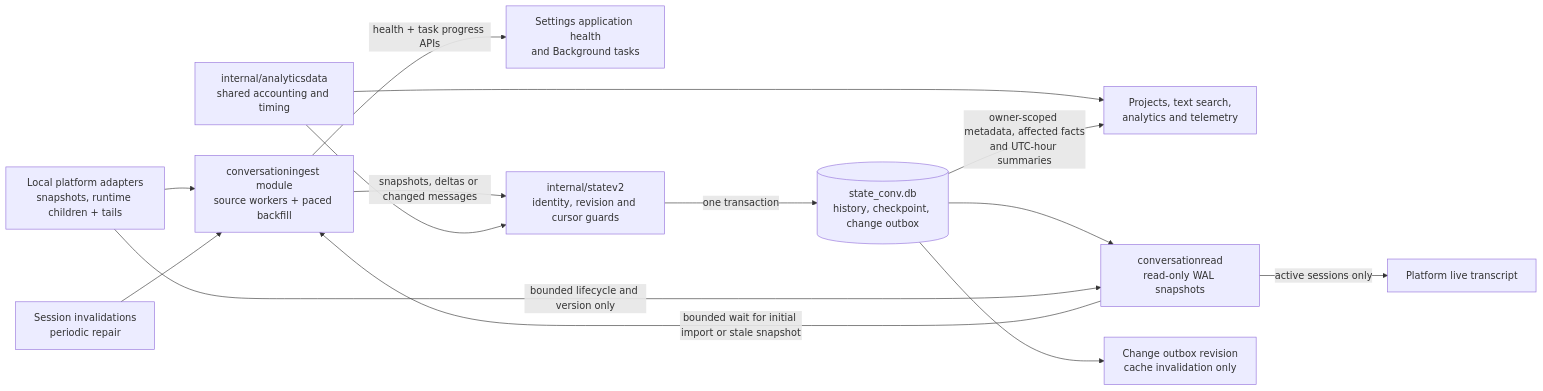
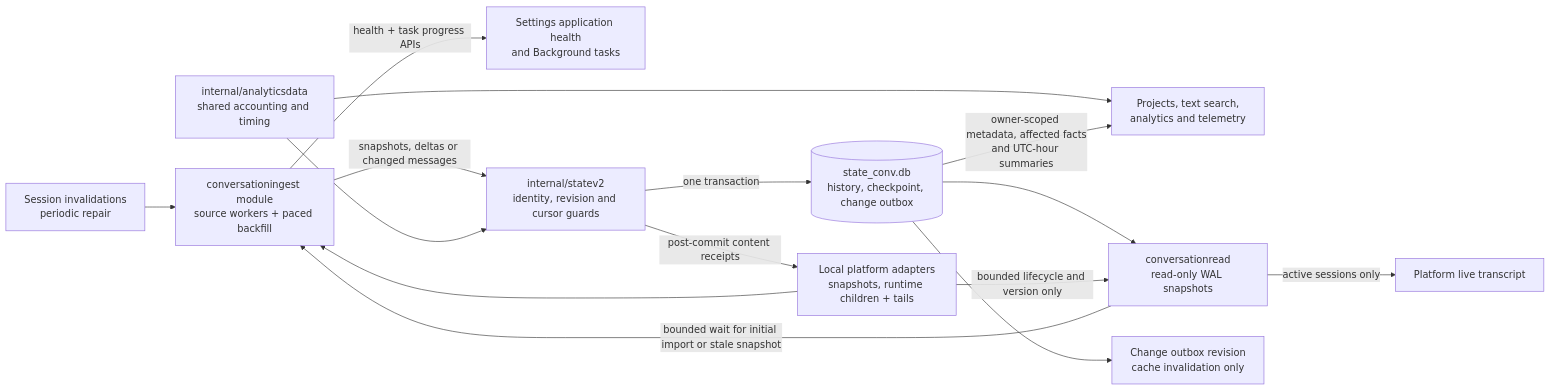
One commit to ocman/ocman changed the third of 13 diagrams in docs/other/architecture.md. Above: the diagram before and after it, drawn with Mermaid. The commit also changed other lines of this file and 22 other files, not shown here.

````diff
--- a/docs/other/architecture.md
+++ b/docs/other/architecture.md
@@ -239,17 +239,18 @@
 ```mermaid
 flowchart LR
     Import[conversationingest module<br/>source workers + paced backfill]
     Adapters[Local platform adapters<br/>snapshots, runtime children + tails] --> Import
     Events[Session invalidations<br/>periodic repair] --> Import
     Import -->|health + task progress APIs| UI[Settings application health<br/>and Background tasks]
     Import -->|snapshots, deltas or changed messages| Commit[internal/statev2<br/>identity, revision and cursor guards]
     Rules[internal/analyticsdata<br/>shared accounting and timing] --> Commit
     Rules --> Analytics
     Commit -->|one transaction| History[(state_conv.db<br/>history, checkpoint, change outbox)]
+    Commit -->|post-commit content receipts| Adapters
     History --> Reader[conversationread<br/>read-only WAL snapshots]
     Adapters -->|bounded lifecycle and version only| Reader
     Reader -->|bounded wait for initial import or stale snapshot| Import
     Reader -->|active sessions only| Live[Platform live transcript]
     History -->|owner-scoped metadata, affected facts<br/>and UTC-hour summaries| Analytics[Projects, text search,<br/>analytics and telemetry]
     History --> Changes[Change outbox revision<br/>cache invalidation only]
 ```
````
